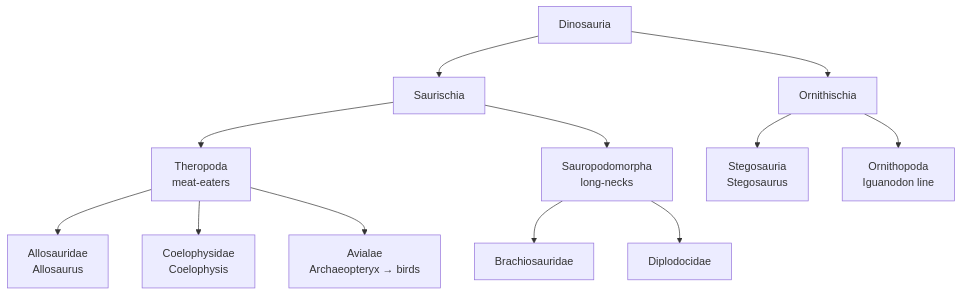
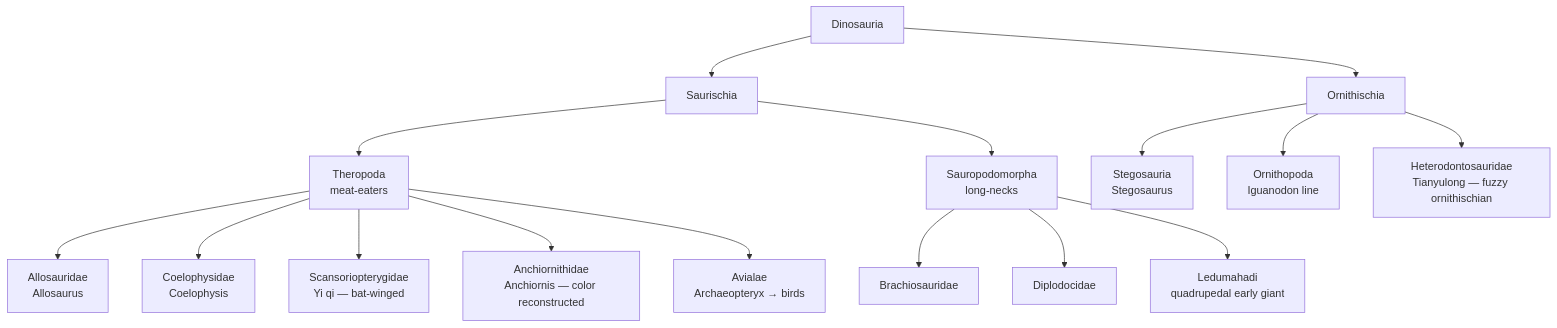
One commit to sonoransun/treelifebloom changed the second of 2 diagrams in docs/sequences/jurassic.md. Above: the diagram before and after it, drawn with Mermaid. The commit also changed other lines of this file and 29 other files, not shown here.

````diff
--- a/docs/sequences/jurassic.md
+++ b/docs/sequences/jurassic.md
@@ -41,15 +41,19 @@
 ```mermaid
 graph TD
     D[Dinosauria]
     D --> S[Saurischia]
     D --> O[Ornithischia]
     S --> T[Theropoda<br/>meat-eaters]
     S --> SP[Sauropodomorpha<br/>long-necks]
     T --> Al[Allosauridae<br/>Allosaurus]
     T --> Cl[Coelophysidae<br/>Coelophysis]
+    T --> Sc[Scansoriopterygidae<br/>Yi qi — bat-winged]
+    T --> An[Anchiornithidae<br/>Anchiornis — color reconstructed]
     T --> Av[Avialae<br/>Archaeopteryx → birds]
     SP --> Br[Brachiosauridae]
     SP --> Dp[Diplodocidae]
+    SP --> Le[Ledumahadi<br/>quadrupedal early giant]
     O --> St[Stegosauria<br/>Stegosaurus]
     O --> Or[Ornithopoda<br/>Iguanodon line]
+    O --> Hd[Heterodontosauridae<br/>Tianyulong — fuzzy ornithischian]
 ```
````
